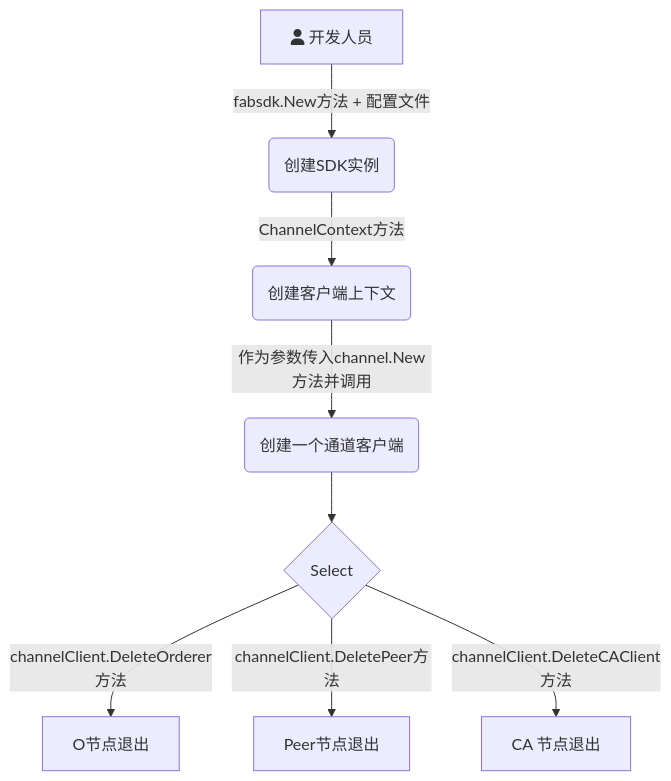
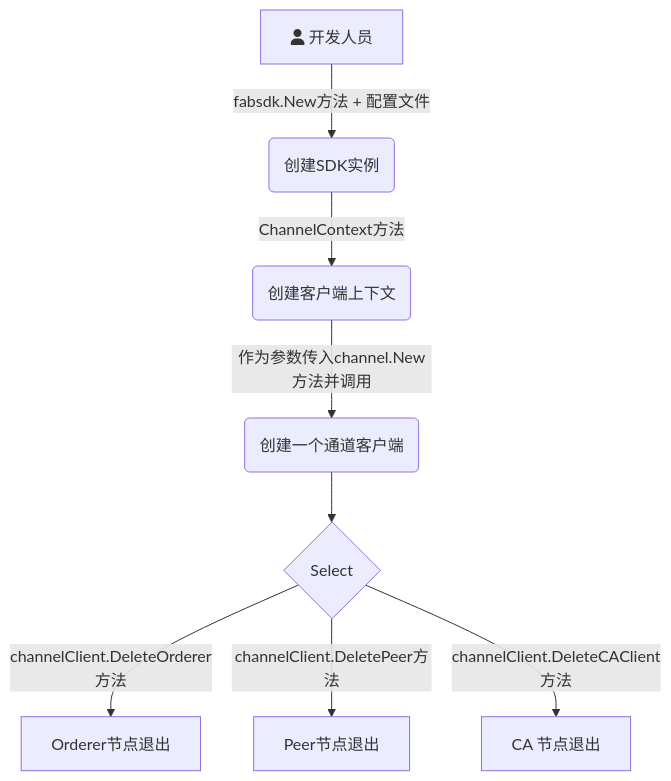
Before and after one commit to Utekichan/iodraw-files: the diagram in all/未命名.md, drawn with Mermaid.

Commit message:
2024-03-30 22:23:47 update

````diff
--- a/all/未命名.md
+++ b/all/未命名.md
@@ -1,11 +1,11 @@
 ```mermaid
 graph TD
     A[fa:fa-user 开发人员] -->|fabsdk.New方法 + 配置文件| B(创建SDK实例)
     B-->|ChannelContext方法| C(创建客户端上下文)
     C-->|作为参数传入channel.New方法并调用| D(创建一个通道客户端)
     D --> E{Select}
-    E -->|channelClient.DeleteOrderer方法| F[ O节点退出]
-    E -->|channelClient.DeletePeer方法| G[ Peer节点退出]
-    E -->|channelClient.DeleteCAClient方法| H[ CA 节点退出]
+    E -->|channelClient.DeleteOrderer方法| F[Orderer节点退出]
+    E -->|channelClient.DeletePeer方法| G[Peer节点退出]
+    E -->|channelClient.DeleteCAClient方法| H[CA 节点退出]
   
 ```
````
